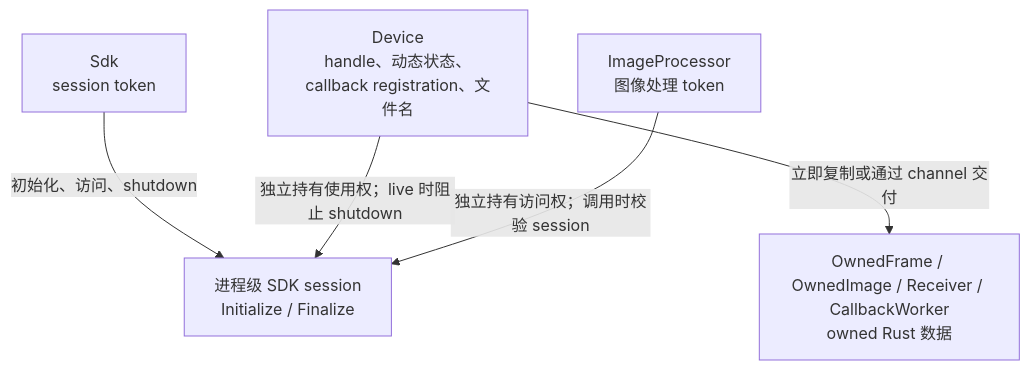
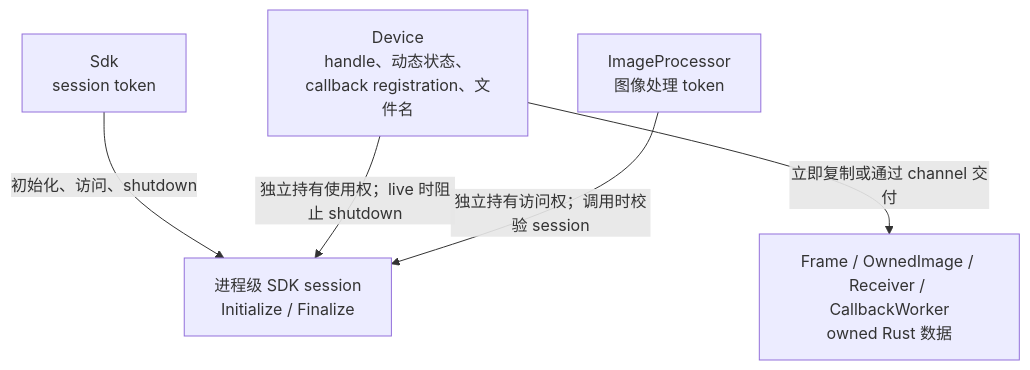
One commit to JSB-Unscarred/3dmvs-sdk-rs changed the first of 2 diagrams in 生命周期与时序图.md. Above: the diagram before and after it, drawn with Mermaid. The commit also changed other lines of this file and 8 other files, not shown here.

````diff
--- a/生命周期与时序图.md
+++ b/生命周期与时序图.md
@@ -5,13 +5,13 @@
 ```mermaid
 flowchart TD
     Session["进程级 SDK session<br/>Initialize / Finalize"]
     SDK["Sdk<br/>session token"]
     Device["Device<br/>handle、动态状态、callback registration、文件名"]
     Processor["ImageProcessor<br/>图像处理 token"]
-    Output["OwnedFrame / OwnedImage / Receiver / CallbackWorker<br/>owned Rust 数据"]
+    Output["Frame / OwnedImage / Receiver / CallbackWorker<br/>owned Rust 数据"]
 
     SDK -->|初始化、访问、shutdown| Session
     Device -->|独立持有使用权；live 时阻止 shutdown| Session
     Processor -->|独立持有访问权；调用时校验 session| Session
     Device -->|立即复制或通过 channel 交付| Output
 ```
````
